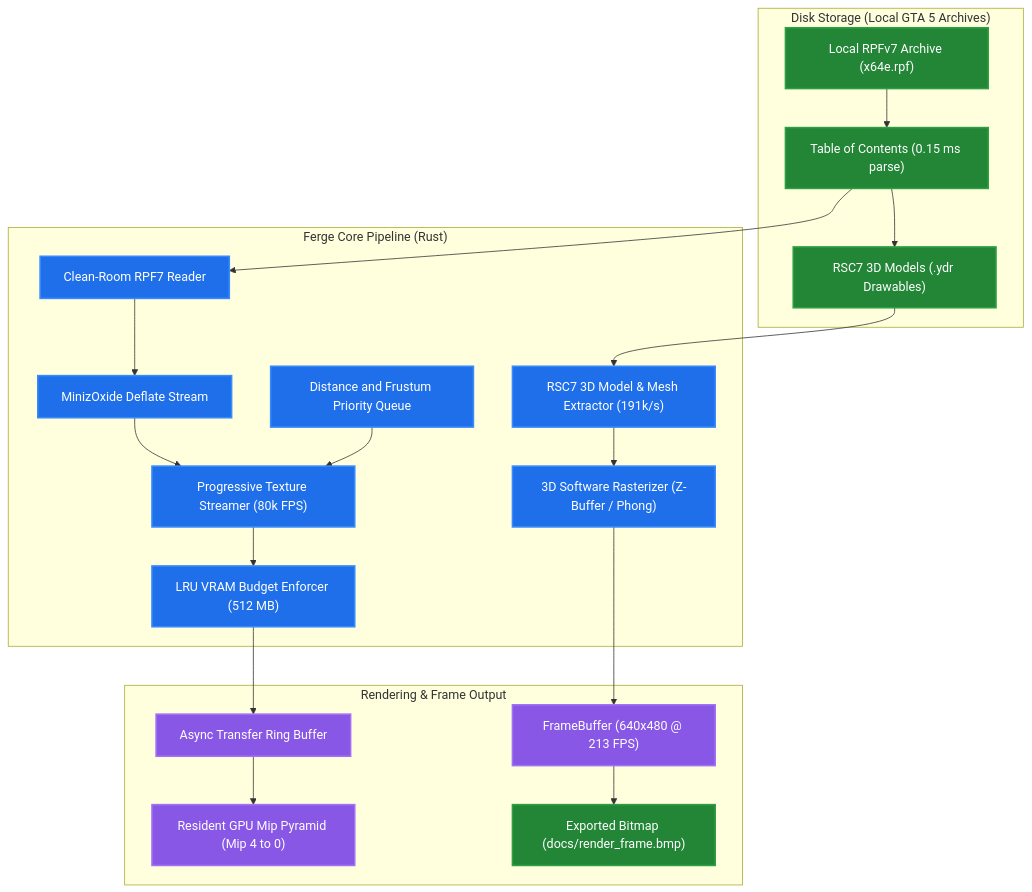
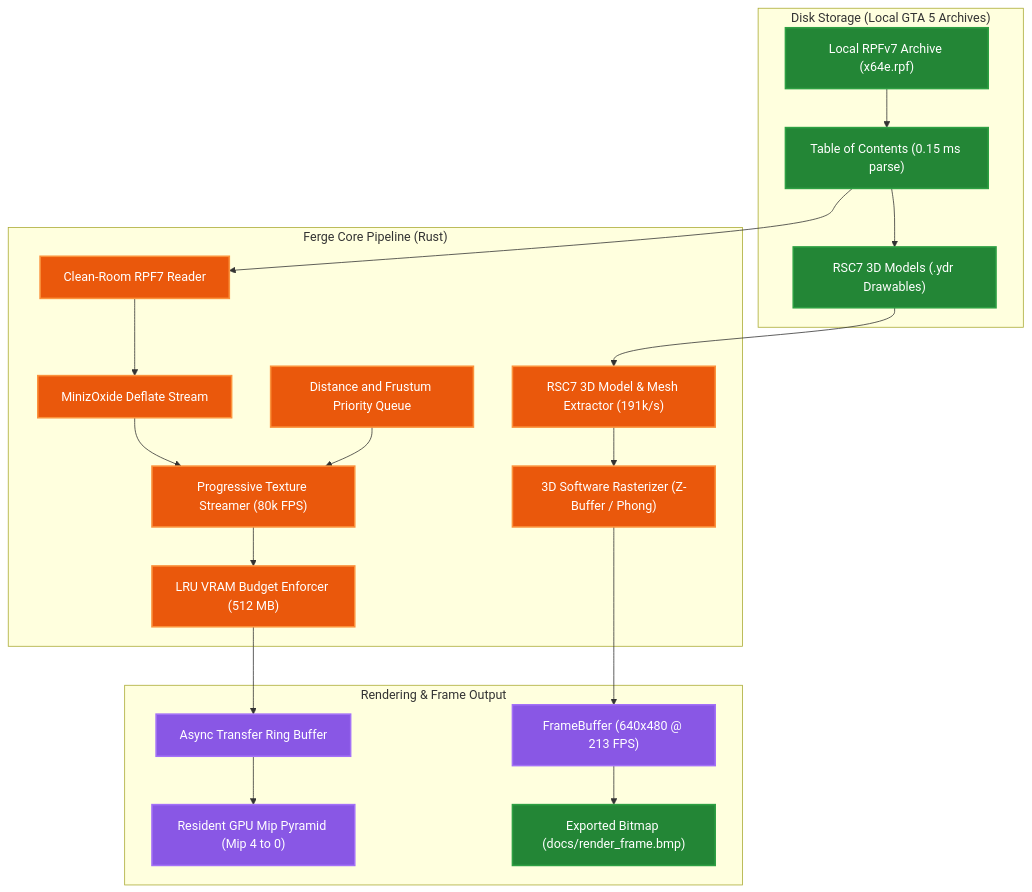
The diagram in README.md (steoward/Ferge), drawn with Mermaid before and after one commit. The commit also changed other lines of this file and 9 other files, not shown here.

Commit message:
docs: adopt REA multilingual architecture, invert Ferge/RAGE chart colors to Orange/Blue

````diff
--- a/README.md
+++ b/README.md
@@ -24,43 +30,43 @@
 ```mermaid
 flowchart TD
     classDef storage fill:#238636,stroke:#2ea043,stroke-width:2px,color:#ffffff;
-    classDef rust fill:#1f6feb,stroke:#388bfd,stroke-width:2px,color:#ffffff;
+    classDef rust fill:#ea580c,stroke:#fb923c,stroke-width:2px,color:#ffffff;
     classDef gpu fill:#8957e5,stroke:#a371f7,stroke-width:2px,color:#ffffff;
 
     subgraph Disk["Disk Storage (Local GTA 5 Archives)"]
         RPF["Local RPFv7 Archive (x64e.rpf)"]:::storage
         TOC["Table of Contents (0.15 ms parse)"]:::storage
         YDR["RSC7 3D Models (.ydr Drawables)"]:::storage
     end
 
     subgraph Ferge["Ferge Core Pipeline (Rust)"]
         Reader["Clean-Room RPF7 Reader"]:::rust
         RscParser["RSC7 3D Model & Mesh Extractor (191k/s)"]:::rust
         PQ["Distance and Frustum Priority Queue"]:::rust
         Decomp["MinizOxide Deflate Stream"]:::rust
         Streamer["Progressive Texture Streamer (80k FPS)"]:::rust
         VRAM["LRU VRAM Budget Enforcer (512 MB)"]:::rust
         Rasterizer["3D Software Rasterizer (Z-Buffer / Phong)"]:::rust
     end
 
     subgraph Output["Rendering & Frame Output"]
         Ring["Async Transfer Ring Buffer"]:::gpu
         GPU["Resident GPU Mip Pyramid (Mip 4 to 0)"]:::gpu
         FB["FrameBuffer (640x480 @ 213 FPS)"]:::gpu
         BMP["Exported Bitmap (docs/render_frame.bmp)"]:::storage
     end
 
     RPF --> TOC
     TOC --> Reader
     Reader --> Decomp
     Decomp --> Streamer
     TOC --> YDR
     YDR --> RscParser
     RscParser --> Rasterizer
     PQ --> Streamer
     Streamer --> VRAM
     VRAM --> Ring
     Ring --> GPU
     Rasterizer --> FB
     FB --> BMP
 ```
````
